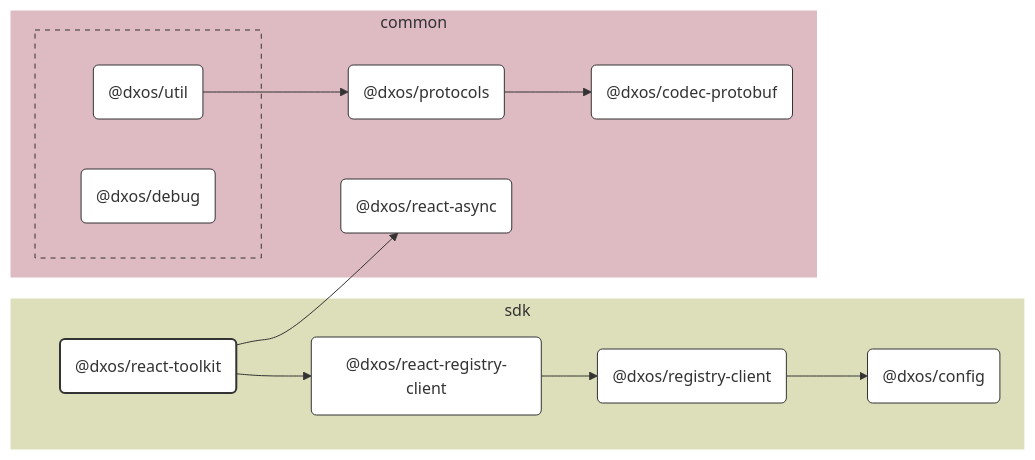
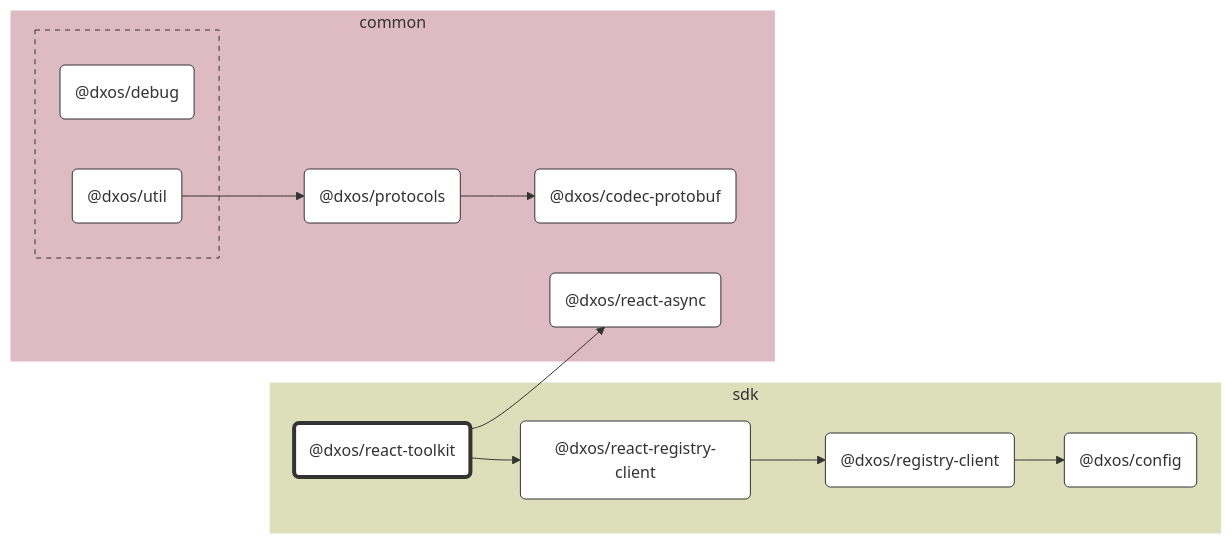
One commit to dxos/dxos changed the diagram in packages/sdk/react-toolkit/docs/README.md. Above: the diagram before and after it, drawn with Mermaid. The commit also changed 104 other files, not shown here.

````diff
--- a/packages/sdk/react-toolkit/docs/README.md
+++ b/packages/sdk/react-toolkit/docs/README.md
@@ -7,65 +7,50 @@
 ```mermaid
 %%{ init: {'flowchart':{'curve':'basis'}} }%%
 
 flowchart LR
 
-%% Links
-dxos/protocols --> dxos/codec-protobuf;
-dxos/react-registry-client --> dxos/registry-client;
-dxos/react-toolkit --> dxos/react-async;
-dxos/react-toolkit --> dxos/react-registry-client;
-dxos/registry-client --> dxos/config;
-dxos/util --> dxos/protocols;
+%% Classes
+classDef def fill:#fff,stroke:#333,stroke-width:1px
+classDef root fill:#fff,stroke:#333,stroke-width:4px
 
-%% Sections
-subgraph sdk
-  style sdk fill:#dddeba,stroke:#fff;
+%% Nodes
 
-  dxos/config("@dxos/config")
-  dxos/react-registry-client("@dxos/react-registry-client")
-  dxos/react-toolkit("@dxos/react-toolkit")
-  dxos/registry-client("@dxos/registry-client")
+subgraph sdk [sdk]
+  style sdk fill:#dddeba,stroke:#fff
+  dxos/react-toolkit("@dxos/react-toolkit"):::root
+  click dxos/react-toolkit "dxos/dxos/tree/main/packages/sdk/react-toolkit/docs"
+  dxos/react-registry-client("@dxos/react-registry-client"):::def
+  click dxos/react-registry-client "dxos/dxos/tree/main/packages/sdk/react-registry-client/docs"
+  dxos/config("@dxos/config"):::def
+  click dxos/config "dxos/dxos/tree/main/packages/sdk/config/docs"
+  dxos/registry-client("@dxos/registry-client"):::def
+  click dxos/registry-client "dxos/dxos/tree/main/packages/sdk/registry-client/docs"
 end
 
-subgraph common
-  style common fill:#debac2,stroke:#fff;
-
-  dxos/codec-protobuf("@dxos/codec-protobuf")
-  dxos/protocols("@dxos/protocols")
-  dxos/react-async("@dxos/react-async")
+subgraph common [common]
+  style common fill:#debac2,stroke:#fff
+  dxos/protocols("@dxos/protocols"):::def
+  click dxos/protocols "dxos/dxos/tree/main/packages/common/protocols/docs"
+  dxos/codec-protobuf("@dxos/codec-protobuf"):::def
+  click dxos/codec-protobuf "dxos/dxos/tree/main/packages/common/codec-protobuf/docs"
+  dxos/react-async("@dxos/react-async"):::def
+  click dxos/react-async "dxos/dxos/tree/main/packages/common/react-async/docs"
 
   subgraph common-excluded [ ]
-    style common-excluded fill:#debac2,stroke:#333,stroke-dasharray:5 5;
-
-    dxos/debug("@dxos/debug")
-    dxos/util("@dxos/util")
+    style common-excluded fill:#debac2,stroke:#333,stroke-dasharray:5 5
+    dxos/debug("@dxos/debug"):::def
+    click dxos/debug "dxos/dxos/tree/main/packages/common/debug/docs"
+    dxos/util("@dxos/util"):::def
+    click dxos/util "dxos/dxos/tree/main/packages/common/util/docs"
   end
 end
 
-
-%% Hyperlinks
-click dxos/codec-protobuf "dxos/dxos/tree/main/packages/common/codec-protobuf/docs";
-click dxos/config "dxos/dxos/tree/main/packages/sdk/config/docs";
-click dxos/debug "dxos/dxos/tree/main/packages/common/debug/docs";
-click dxos/protocols "dxos/dxos/tree/main/packages/common/protocols/docs";
-click dxos/react-async "dxos/dxos/tree/main/packages/common/react-async/docs";
-click dxos/react-registry-client "dxos/dxos/tree/main/packages/sdk/react-registry-client/docs";
-click dxos/registry-client "dxos/dxos/tree/main/packages/sdk/registry-client/docs";
-click dxos/util "dxos/dxos/tree/main/packages/common/util/docs";
-
-%% Styles
-classDef rootNode fill:#fff,stroke:#333,stroke-width:2px
-classDef defaultNode fill:#fff,stroke:#333,stroke-width:1px
+%% Links
 linkStyle default stroke:#333,stroke-width:1px
-
-dxos/react-toolkit:::rootNode
-
-dxos/codec-protobuf:::defaultNode
-dxos/config:::defaultNode
-dxos/debug:::defaultNode
-dxos/protocols:::defaultNode
-dxos/react-async:::defaultNode
-dxos/react-registry-client:::defaultNode
-dxos/registry-client:::defaultNode
-dxos/util:::defaultNode
+dxos/protocols --> dxos/codec-protobuf
+dxos/react-toolkit --> dxos/react-async
+dxos/react-toolkit --> dxos/react-registry-client
+dxos/util --> dxos/protocols
+dxos/react-registry-client --> dxos/registry-client
+dxos/registry-client --> dxos/config
 ```
````
